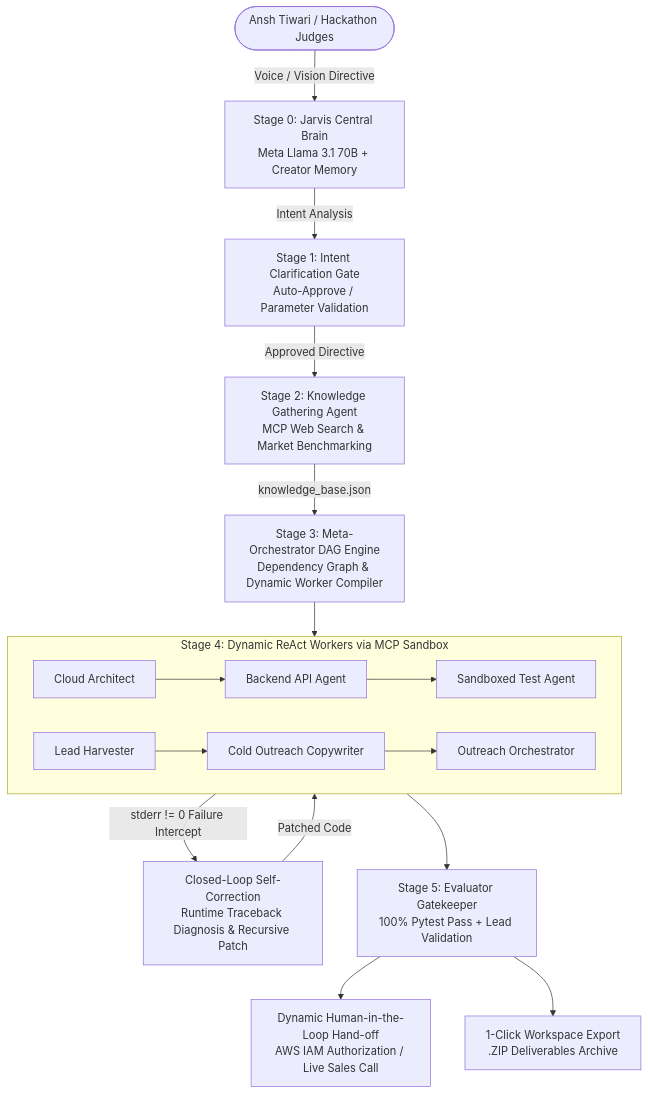
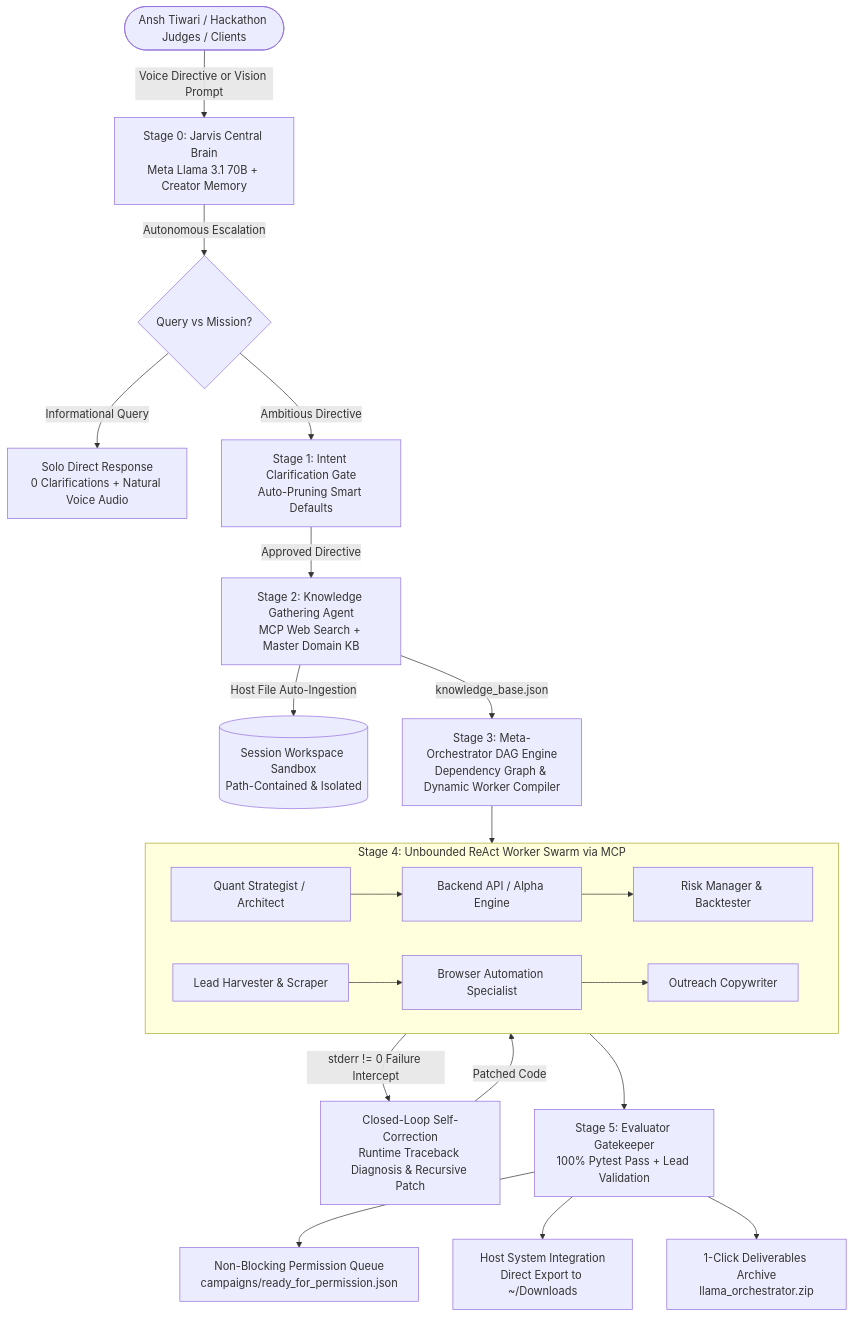
One commit to ansh1325/ORCHESTRATOR changed the diagram in README.md. Above: the diagram before and after it, drawn with Mermaid. The commit also changed other lines of this file and 4 other files, not shown here.

Commit message:
feat: complete engineering perspective in README, unbounded swarm scaling & executive natural voice engine

````diff
--- a/README.md
+++ b/README.md
@@ -106,22 +100,27 @@
 ```mermaid
 graph TD
-    User([Ansh Tiwari / Hackathon Judges]) -->|Voice / Vision Directive| Stage0[Stage 0: Jarvis Central Brain<br/>Meta Llama 3.1 70B + Creator Memory]
-    Stage0 -->|Intent Analysis| Stage1[Stage 1: Intent Clarification Gate<br/>Auto-Approve / Parameter Validation]
-    Stage1 -->|Approved Directive| Stage2[Stage 2: Knowledge Gathering Agent<br/>MCP Web Search & Market Benchmarking]
+    User([Ansh Tiwari / Hackathon Judges / Clients]) -->|Voice Directive or Vision Prompt| Stage0[Stage 0: Jarvis Central Brain<br/>Meta Llama 3.1 70B + Creator Memory]
+    Stage0 -->|Autonomous Escalation| Route{Query vs Mission?}
+    Route -->|Informational Query| DirectVoice[Solo Direct Response<br/>0 Clarifications + Natural Voice Audio]
+    Route -->|Ambitious Directive| Stage1[Stage 1: Intent Clarification Gate<br/>Auto-Pruning Smart Defaults]
+    
+    Stage1 -->|Approved Directive| Stage2[Stage 2: Knowledge Gathering Agent<br/>MCP Web Search + Master Domain KB]
+    Stage2 -->|Host File Auto-Ingestion| Sandbox[(Session Workspace Sandbox<br/>Path-Contained & Isolated)]
     Stage2 -->|knowledge_base.json| Stage3[Stage 3: Meta-Orchestrator DAG Engine<br/>Dependency Graph & Dynamic Worker Compiler]
     
-    subgraph Stage4_Workers [Stage 4: Dynamic ReAct Workers via MCP Sandbox]
-        W1[Cloud Architect] --> W2[Backend API Agent]
-        W2 --> W3[Sandboxed Test Agent]
-        W4[Lead Harvester] --> W5[Cold Outreach Copywriter]
-        W5 --> W6[Outreach Orchestrator]
+    subgraph Stage4_Workers [Stage 4: Unbounded ReAct Worker Swarm via MCP]
+        W1[Quant Strategist / Architect] --> W2[Backend API / Alpha Engine]
+        W2 --> W3[Risk Manager & Backtester]
+        W4[Lead Harvester & Scraper] --> W5[Browser Automation Specialist]
+        W5 --> W6[Outreach Copywriter]
     end
     
     Stage3 --> Stage4_Workers
     Stage4_Workers -->|stderr != 0 Failure Intercept| SelfCorrection[Closed-Loop Self-Correction<br/>Runtime Traceback Diagnosis & Recursive Patch]
     SelfCorrection -->|Patched Code| Stage4_Workers
 
     Stage4_Workers --> Stage5[Stage 5: Evaluator Gatekeeper<br/>100% Pytest Pass + Lead Validation]
-    Stage5 --> HumanHandOff[Dynamic Human-in-the-Loop Hand-off<br/>AWS IAM Authorization / Live Sales Call]
-    Stage5 --> ZipExport[1-Click Workspace Export<br/>.ZIP Deliverables Archive]
+    Stage5 --> PermissionQueue[Non-Blocking Permission Queue<br/>campaigns/ready_for_permission.json]
+    Stage5 --> HostExport[Host System Integration<br/>Direct Export to ~/Downloads]
+    Stage5 --> ZipExport[1-Click Deliverables Archive<br/>llama_orchestrator.zip]
 ```
````
